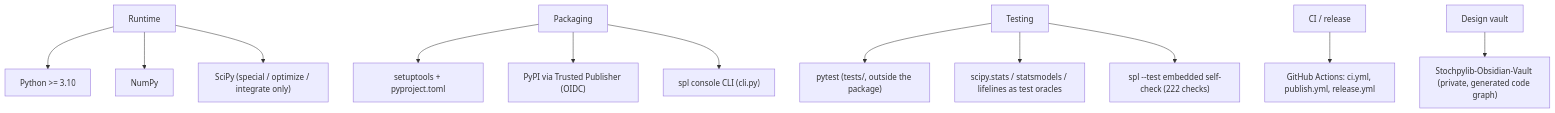
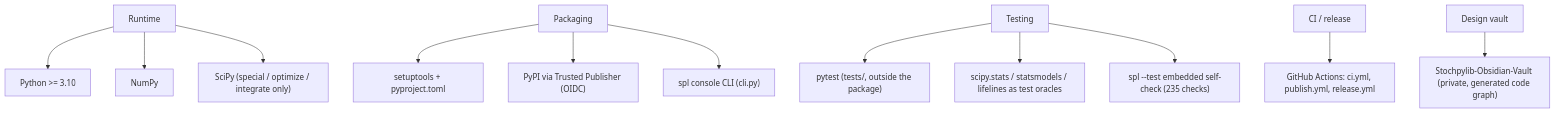
The second of 2 diagrams in README.md (leon1706-lol/Stochpylib), drawn with Mermaid before and after one commit. The commit also changed other lines of this file and 36 other files, not shown here.

````diff
--- a/README.md
+++ b/README.md
@@ -300,14 +317,14 @@
 ```mermaid
 flowchart TB
     A["Runtime"] --> A1["Python >= 3.10"]
     A --> A2["NumPy"]
     A --> A3["SciPy (special / optimize / integrate only)"]
     B["Packaging"] --> B1["setuptools + pyproject.toml"]
     B --> B2["PyPI via Trusted Publisher (OIDC)"]
     B --> B3["spl console CLI (cli.py)"]
     C["Testing"] --> C1["pytest (tests/, outside the package)"]
     C --> C2["scipy.stats / statsmodels / lifelines as test oracles"]
-    C --> C3["spl --test embedded self-check (222 checks)"]
+    C --> C3["spl --test embedded self-check (235 checks)"]
     D["CI / release"] --> D1["GitHub Actions: ci.yml, publish.yml, release.yml"]
     E["Design vault"] --> E1["Stochpylib-Obsidian-Vault (private, generated code graph)"]
 ```
````
